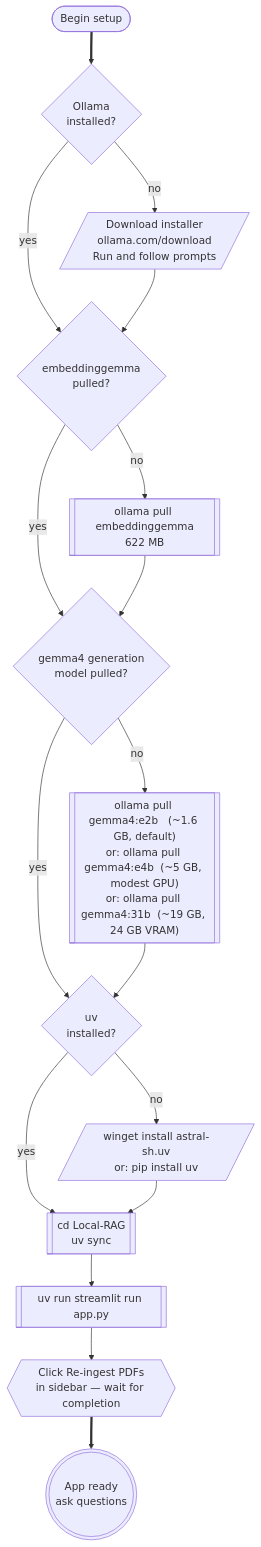
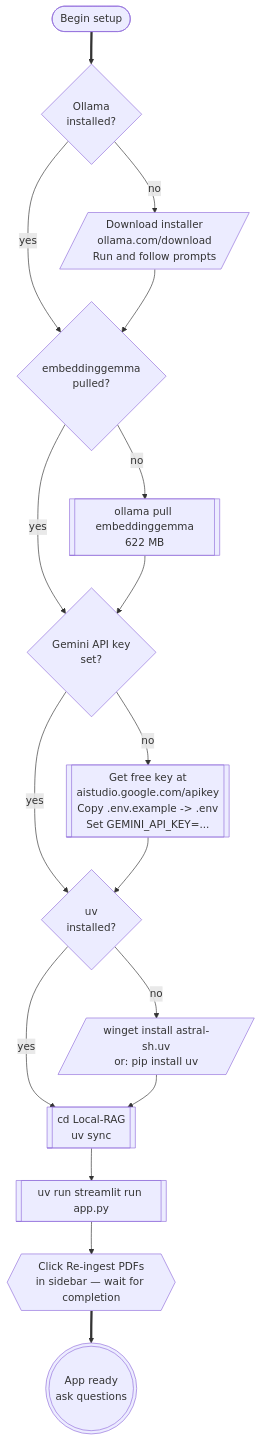
The first of 3 diagrams in docs/implementation/setup.md (AWDubs/Local-RAG), drawn with Mermaid before and after one commit. The commit also changed other lines of this file and 11 other files, not shown here.

````diff
--- a/docs/implementation/setup.md
+++ b/docs/implementation/setup.md
@@ -9,41 +9,41 @@
 ```mermaid
 flowchart TD
     accTitle: First-time setup decision tree
     accDescr: Walks through installing Ollama, pulling the two models, syncing the uv environment, and launching the Streamlit app.
 
     begin_n@{ shape: stadium, label: "Begin setup" }
 
     q_ollama@{ shape: diam, label: "Ollama\ninstalled?" }
     install_ollama@{ shape: lean-r, label: "Download installer\nollama.com/download\nRun and follow prompts" }
 
     q_embed@{ shape: diam, label: "embeddinggemma\npulled?" }
     pull_embed@{ shape: subproc, label: "ollama pull embeddinggemma\n622 MB" }
 
-    q_gen@{ shape: diam, label: "gemma4 generation\nmodel pulled?" }
-    pull_gen@{ shape: subproc, label: "ollama pull gemma4:e2b   (~1.6 GB, default)\nor: ollama pull gemma4:e4b  (~5 GB, modest GPU)\nor: ollama pull gemma4:31b  (~19 GB, 24 GB VRAM)" }
+    q_gen@{ shape: diam, label: "Gemini API key\nset?" }
+    pull_gen@{ shape: subproc, label: "Get free key at\naistudio.google.com/apikey\nCopy .env.example -> .env\nSet GEMINI_API_KEY=..." }
 
     q_uv@{ shape: diam, label: "uv\ninstalled?" }
     install_uv@{ shape: lean-r, label: "winget install astral-sh.uv\nor: pip install uv" }
 
     sync_n@{ shape: subproc, label: "cd Local-RAG\nuv sync" }
     run_n@{ shape: subproc, label: "uv run streamlit run app.py" }
     ingest_n@{ shape: hex, label: "Click Re-ingest PDFs\nin sidebar — wait for completion" }
     ready_n@{ shape: dbl-circ, label: "App ready\nask questions" }
 
     begin_n ==> q_ollama
     q_ollama -- "no" --> install_ollama
     q_ollama -- "yes" --> q_embed
     install_ollama --> q_embed
     q_embed -- "no" --> pull_embed
     q_embed -- "yes" --> q_gen
     pull_embed --> q_gen
     q_gen -- "no" --> pull_gen
     q_gen -- "yes" --> q_uv
     pull_gen --> q_uv
     q_uv -- "no" --> install_uv
     q_uv -- "yes" --> sync_n
     install_uv --> sync_n
     sync_n --> run_n
     run_n --> ingest_n
     ingest_n ==> ready_n
 ```
````
